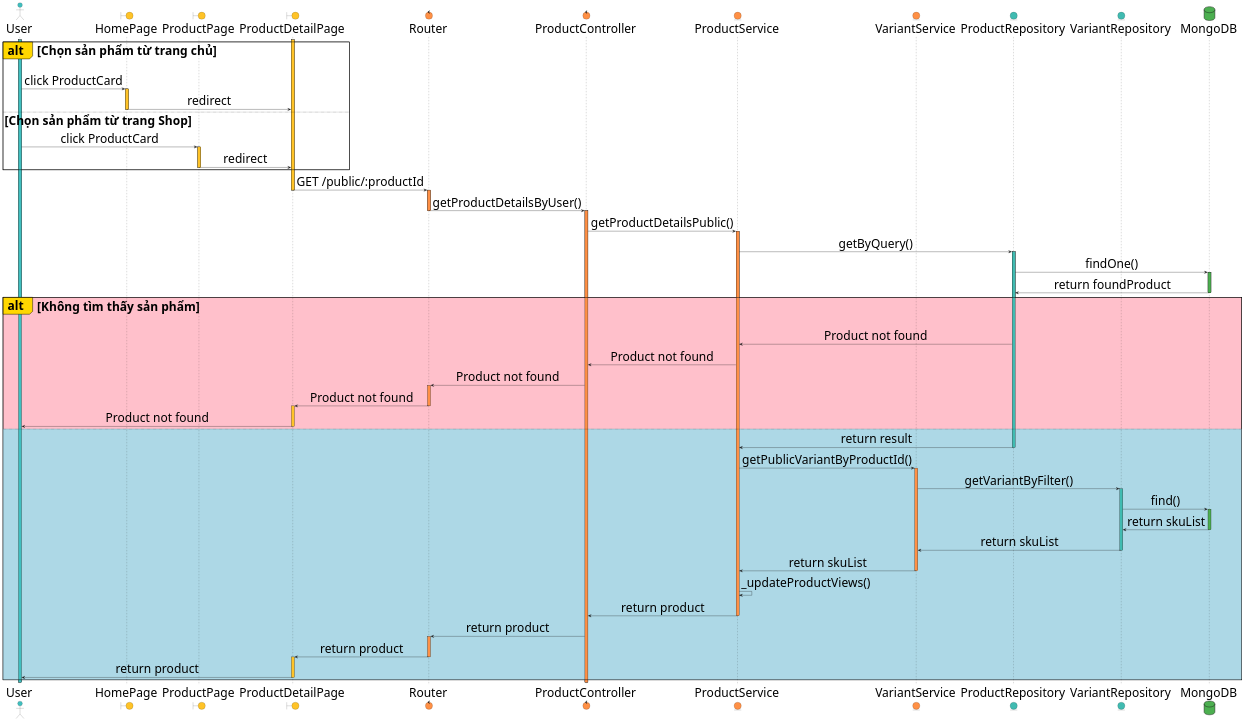
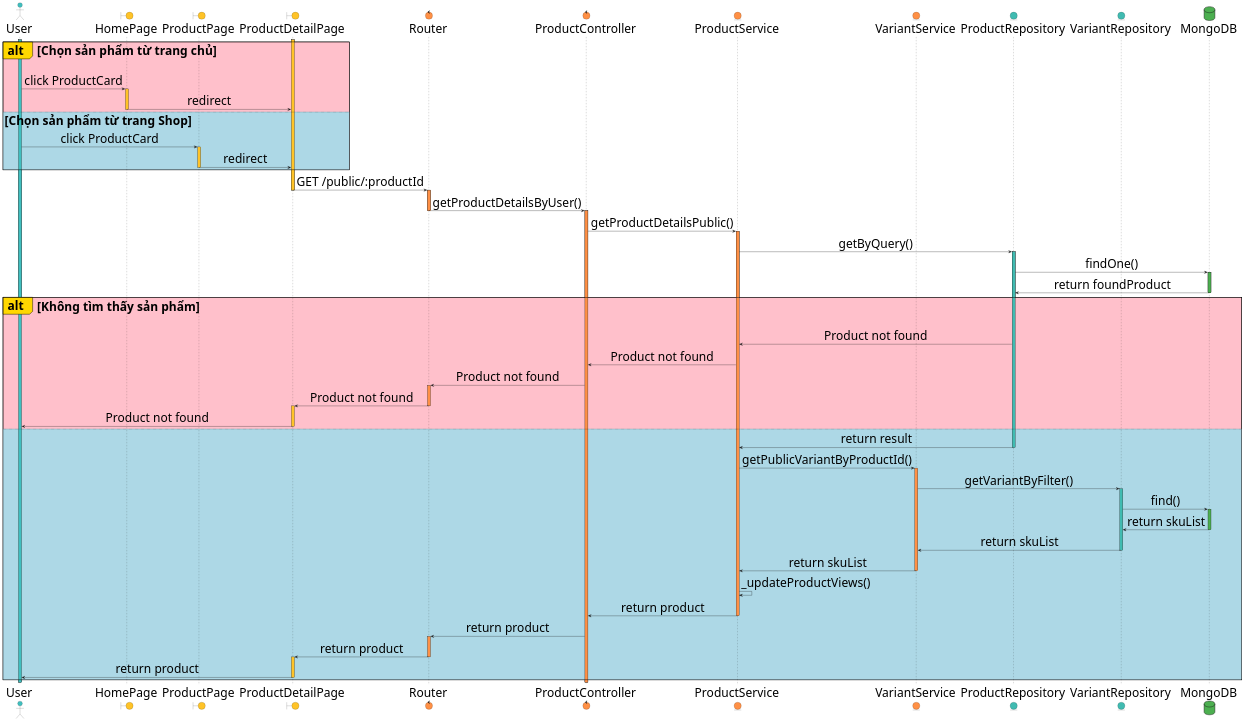
One commit to KhoaDoesTech/ShareAndCareShop changed the diagram in docs/SequenceDiagram/getProductDetailUser.wsd. Above: the diagram before and after it, drawn with PlantUML. The commit also changed 8 other files, not shown here.

```diff
--- a/docs/SequenceDiagram/getProductDetailUser.wsd
+++ b/docs/SequenceDiagram/getProductDetailUser.wsd
@@ -1,104 +1,104 @@
 @startuml
 
 skinparam defaultFontSize 40        
 skinparam SequenceMessageAlign center
 
 actor User as User #40BFBF
 boundary "HomePage" as HomePage #ffc327
 boundary "ProductPage" as ProductPage #ffc327
 boundary "ProductDetailPage" as PDPage #ffc327
 control Router as Router #ff9045
 control ProductController as ProductController #ff9045
 entity ProductService as ProductService #ff9045
 entity VariantService as VariantService #ff9045
 entity ProductRepository as ProductRepository #40bbb1
 entity VariantRepository as VariantRepository #40bbb1
 database MongoDB as DB #4CAF50
 
 activate User #40BFBF
 
-alt#Gold Chọn sản phẩm từ trang chủ
+alt#Gold #Pink Chọn sản phẩm từ trang chủ
     User -> HomePage: click ProductCard
     activate HomePage #ffc327
 
     HomePage -> PDPage: redirect
     deactivate HomePage
-else Chọn sản phẩm từ trang Shop
+else #LightBlue Chọn sản phẩm từ trang Shop
     User -> ProductPage: click ProductCard
     activate ProductPage #ffc327
 
     ProductPage -> PDPage: redirect
     deactivate ProductPage
 end
 activate PDPage #ffc327
 
 PDPage -> Router: GET /public/:productId
 deactivate PDPage
 activate Router #ff9045
 
 Router -> ProductController: getProductDetailsByUser()
 deactivate Router
 activate ProductController #ff9045
 
 ProductController -> ProductService: getProductDetailsPublic()
 activate ProductService #ff9045
 
 ProductService -> ProductRepository: getByQuery()
 activate ProductRepository #40bbb1
 
 ProductRepository -> DB: findOne()
 activate DB #4CAF50
 
 DB -> ProductRepository: return foundProduct
 deactivate DB
 
 alt#Gold #Pink Không tìm thấy sản phẩm
     ProductRepository -> ProductService: Product not found
     ProductService -> ProductController: Product not found
     ProductController -> Router: Product not found
     activate Router #ff9045
 
     Router -> PDPage: Product not found
     deactivate Router
     activate PDPage #ffc327
 
     PDPage -> User: Product not found
     deactivate PDPage
 else #LightBlue
     ProductRepository -> ProductService: return result
     deactivate ProductRepository
 
     ProductService -> VariantService: getPublicVariantByProductId()
     activate VariantService #ff9045
 
     VariantService -> VariantRepository: getVariantByFilter()
     activate VariantRepository #40bbb1
 
     VariantRepository -> DB: find()
     activate DB #4CAF50
 
     DB -> VariantRepository: return skuList
     deactivate DB
 
     VariantRepository -> VariantService: return skuList
     deactivate VariantRepository
 
     VariantService -> ProductService: return skuList
     deactivate VariantService
 
     ProductService -> ProductService: _updateProductViews()
     ProductService -> ProductController: return product
     deactivate ProductService
     
     ProductController -> Router: return product
     activate Router #ff9045
 
     Router -> PDPage: return product
     deactivate Router
     activate PDPage #ffc327
 
     PDPage -> User: return product
     deactivate PDPage
 end
 
 @enduml
```
